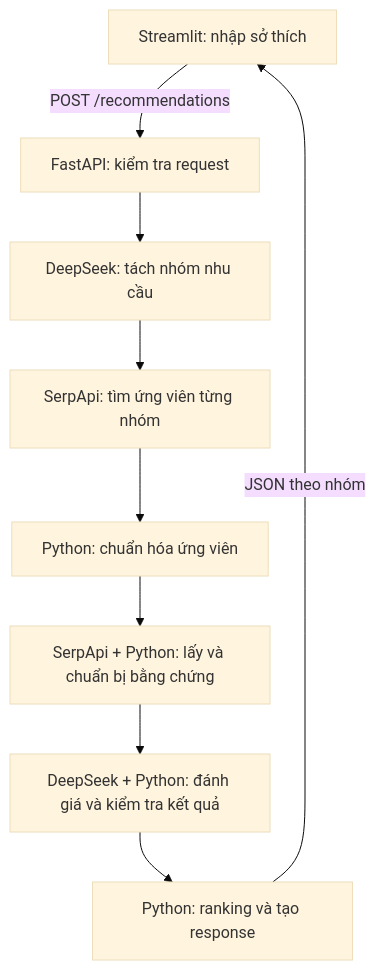
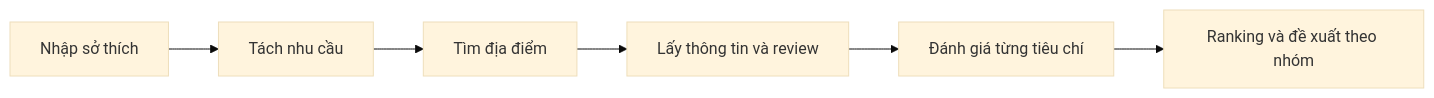
The diagram in README.md (nhannhan2201/DaLat_TravelMate_Agent), drawn with Mermaid (base theme) before and after one commit. The commit also changed other lines of this file, not shown here.

````diff
--- a/README.md
+++ b/README.md
@@ -93,11 +35,8 @@
 ```mermaid
-flowchart TD
-    UI[Streamlit: nhập sở thích] -->|POST /recommendations| API[FastAPI: kiểm tra request]
-    API --> Extract[DeepSeek: tách nhóm nhu cầu]
-    Extract --> Search[SerpApi: tìm ứng viên từng nhóm]
-    Search --> Normalize[Python: chuẩn hóa ứng viên]
-    Normalize --> Evidence[SerpApi + Python: lấy và chuẩn bị bằng chứng]
-    Evidence --> Assess[DeepSeek + Python: đánh giá và kiểm tra kết quả]
-    Assess --> Rank[Python: ranking và tạo response]
-    Rank -->|JSON theo nhóm| UI
+flowchart LR
+    A[Nhập sở thích] --> B[Tách nhu cầu]
+    B --> C[Tìm địa điểm]
+    C --> D[Lấy thông tin và review]
+    D --> E[Đánh giá từng tiêu chí]
+    E --> F[Ranking và đề xuất theo nhóm]
 ```
````
